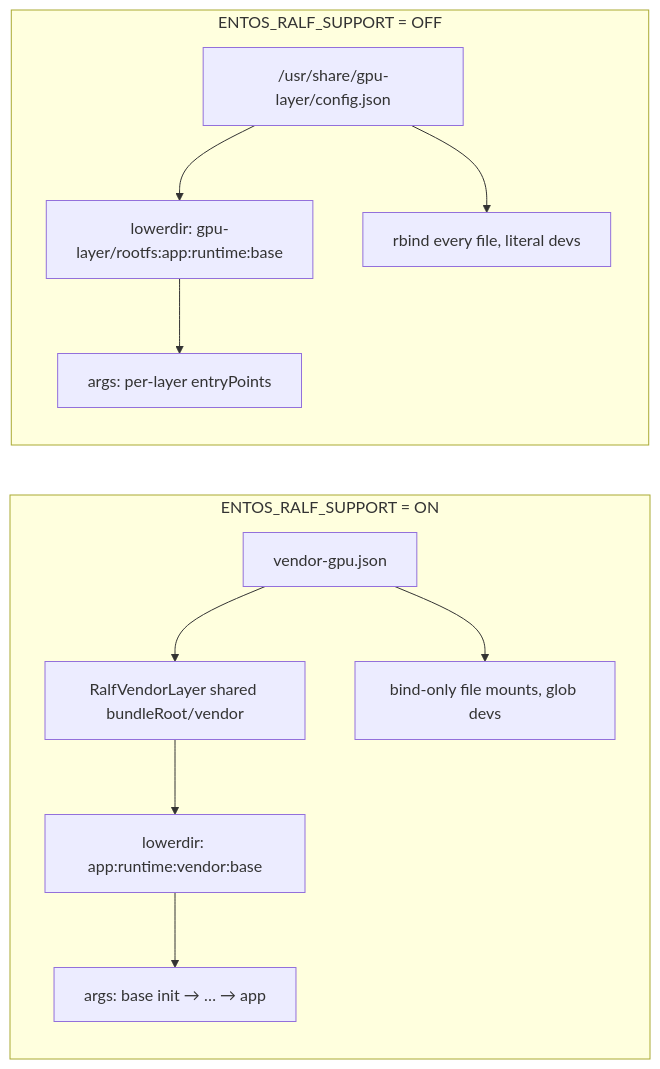
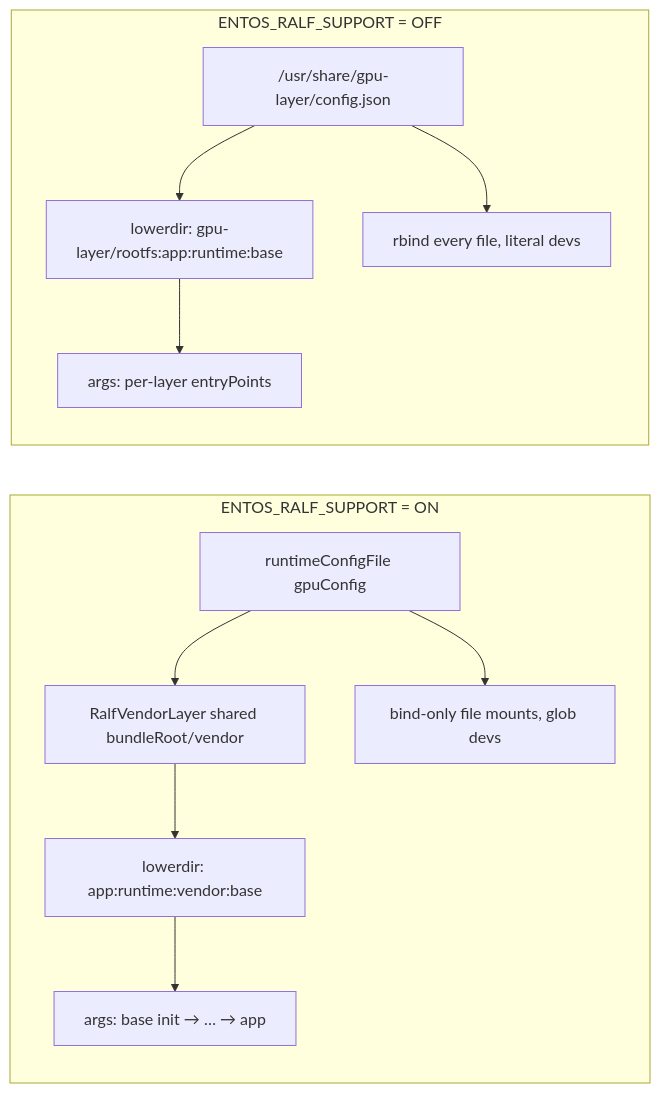
Before and after one commit to rdkcentral/entservices-appmanagers: the second of 3 diagrams in ralfdocs/06_EntOS_Ifdefs_and_NonEntOS_Protection.md, drawn with Mermaid. The commit also changed other lines of this file and 21 other files, not shown here.

Commit message:
read product file for gpu config

````diff
--- a/ralfdocs/06_EntOS_Ifdefs_and_NonEntOS_Protection.md
+++ b/ralfdocs/06_EntOS_Ifdefs_and_NonEntOS_Protection.md
@@ -82,16 +82,16 @@
 ```mermaid
 flowchart LR
     subgraph ON["ENTOS_RALF_SUPPORT = ON"]
         direction TB
-        a1[vendor-gpu.json] --> a2[RalfVendorLayer shared bundleRoot/vendor]
+        a1[runtimeConfigFile gpuConfig] --> a2[RalfVendorLayer shared bundleRoot/vendor]
         a2 --> a3["lowerdir: app:runtime:vendor:base"]
         a3 --> a4["args: base init → … → app"]
         a1 --> a5["bind-only file mounts, glob devs"]
     end
     subgraph OFF["ENTOS_RALF_SUPPORT = OFF"]
         direction TB
         b1["/usr/share/gpu-layer/config.json"] --> b3["lowerdir: gpu-layer/rootfs:app:runtime:base"]
         b3 --> b4["args: per-layer entryPoints"]
         b1 --> b5["rbind every file, literal devs"]
     end
 ```
````
